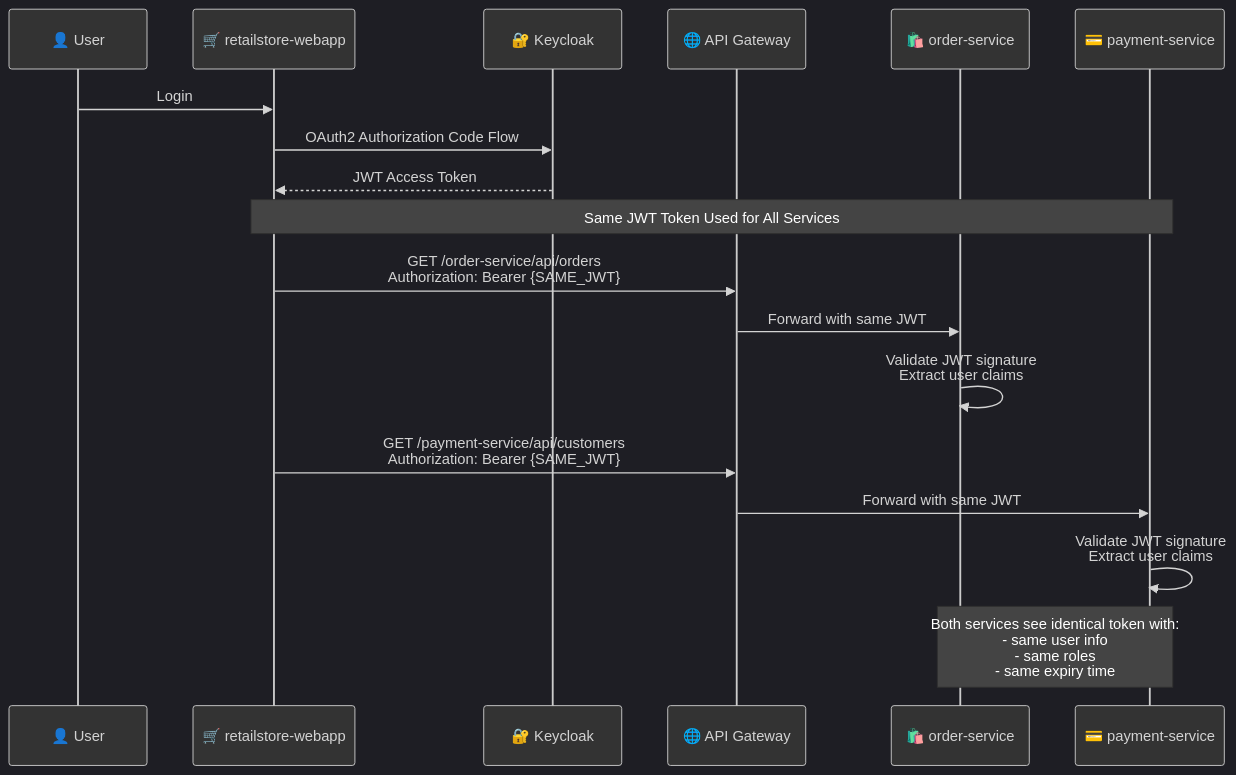
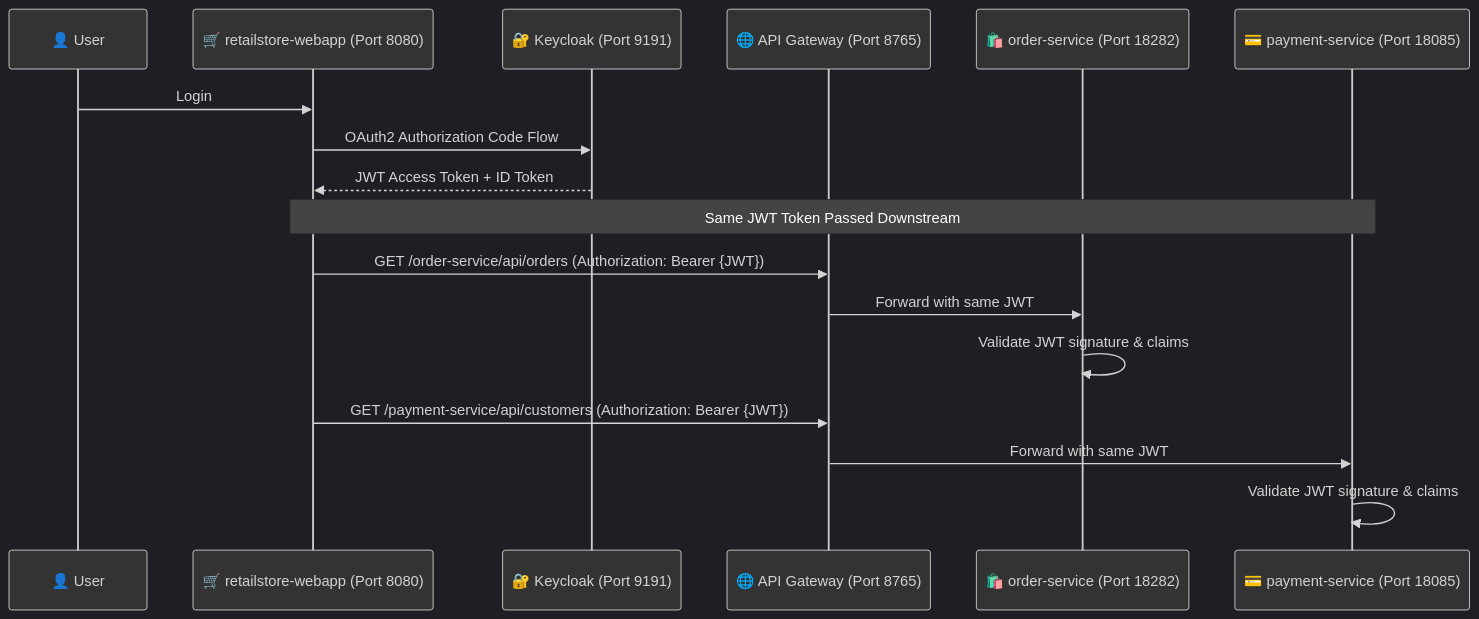
The fourth of 4 diagrams in retail-store-webapp/Keycloak-Realm-Configuration-Explained.md (rajadilipkolli/spring-boot-microservices-series-v2), drawn with Mermaid before and after one commit. The commit also changed other lines of this file and 51 other files, not shown here.

````diff
--- a/retail-store-webapp/Keycloak-Realm-Configuration-Explained.md
+++ b/retail-store-webapp/Keycloak-Realm-Configuration-Explained.md
@@ -235,26 +207,24 @@
 ```mermaid
 %%{init: {'theme':'dark', 'themeVariables': {'primaryColor': '#333333', 'primaryTextColor': '#ffffff', 'primaryBorderColor': '#ffffff', 'lineColor': '#ffffff', 'secondaryColor': '#444444', 'tertiaryColor': '#555555', 'background': '#000000', 'mainBkg': '#333333', 'secondBkg': '#444444', 'tertiaryBkg': '#555555', 'noteBkgColor': '#444444', 'noteTextColor': '#ffffff'}}}%%
 sequenceDiagram
     participant User as 👤 User
-    participant WebApp as 🛒 retailstore-webapp
-    participant KC as 🔐 Keycloak
-    participant Gateway as 🌐 API Gateway
-    participant Order as 🛍️ order-service
-    participant Payment as 💳 payment-service
+    participant WebApp as 🛒 retailstore-webapp (Port 8080)
+    participant KC as 🔐 Keycloak (Port 9191)
+    participant Gateway as 🌐 API Gateway (Port 8765)
+    participant Order as 🛍️ order-service (Port 18282)
+    participant Payment as 💳 payment-service (Port 18085)
 
     User->>WebApp: Login
     WebApp->>KC: OAuth2 Authorization Code Flow
-    KC-->>WebApp: JWT Access Token
+    KC-->>WebApp: JWT Access Token + ID Token
     
-    Note over WebApp, Payment: Same JWT Token Used for All Services
+    Note over WebApp, Payment: Same JWT Token Passed Downstream
     
-    WebApp->>Gateway: GET /order-service/api/orders<br/>Authorization: Bearer {SAME_JWT}
+    WebApp->>Gateway: GET /order-service/api/orders (Authorization: Bearer {JWT})
     Gateway->>Order: Forward with same JWT
-    Order->>Order: Validate JWT signature<br/>Extract user claims
+    Order->>Order: Validate JWT signature & claims
     
-    WebApp->>Gateway: GET /payment-service/api/customers<br/>Authorization: Bearer {SAME_JWT}
+    WebApp->>Gateway: GET /payment-service/api/customers (Authorization: Bearer {JWT})
     Gateway->>Payment: Forward with same JWT
-    Payment->>Payment: Validate JWT signature<br/>Extract user claims
-    
-    Note over Order, Payment: Both services see identical token with:<br/>- same user info<br/>- same roles<br/>- same expiry time
+    Payment->>Payment: Validate JWT signature & claims
 ```
````
